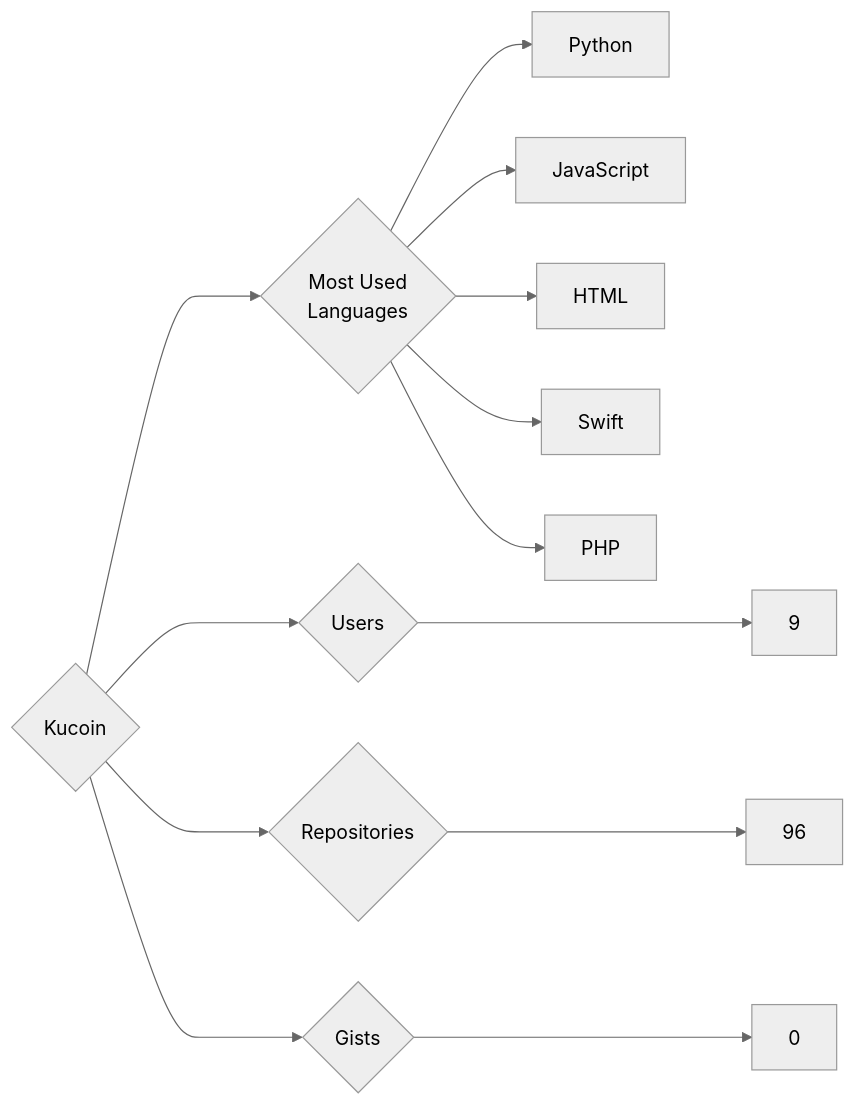
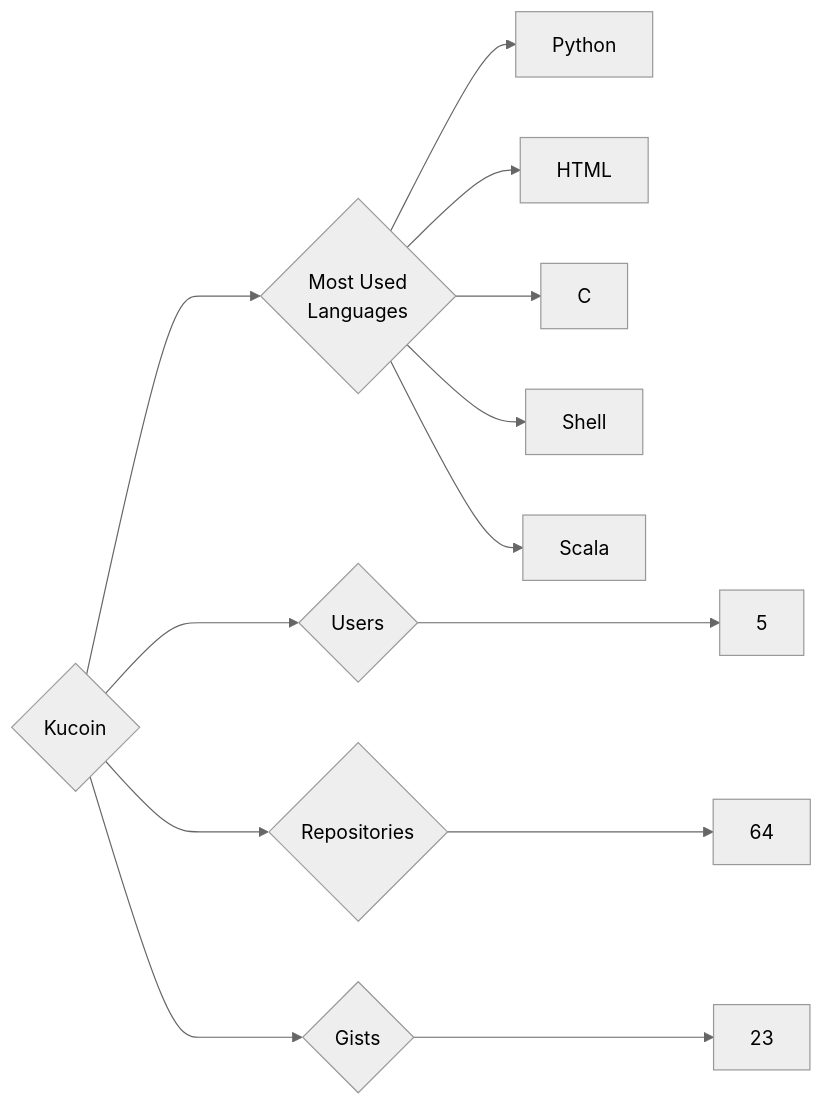
One commit to trickest/insiders changed the diagram in targets/Kucoin/README.md. Above: the diagram before and after it, drawn with Mermaid (neutral theme). The commit also changed 1389 other files, not shown here.

````diff
--- a/targets/Kucoin/README.md
+++ b/targets/Kucoin/README.md
@@ -3,13 +3,13 @@
 ```mermaid
 graph LR
 COMPANY_NAME{Kucoin}
-COMPANY_NAME ---> U{Users} ---> UN[9]
-COMPANY_NAME ---> R{Repositories} ---> RN[96]
-COMPANY_NAME ---> G{Gists} ---> GN[0]
+COMPANY_NAME ---> U{Users} ---> UN[5]
+COMPANY_NAME ---> R{Repositories} ---> RN[64]
+COMPANY_NAME ---> G{Gists} ---> GN[23]
 COMPANY_NAME ---> ML{Most Used<br>Languages}
 ML --> Python[Python]
-ML --> JavaScript[JavaScript]
 ML --> HTML[HTML]
-ML --> Swift[Swift]
-ML --> PHP[PHP]
+ML --> C[C]
+ML --> Shell[Shell]
+ML --> Scala[Scala]
 ```
````
